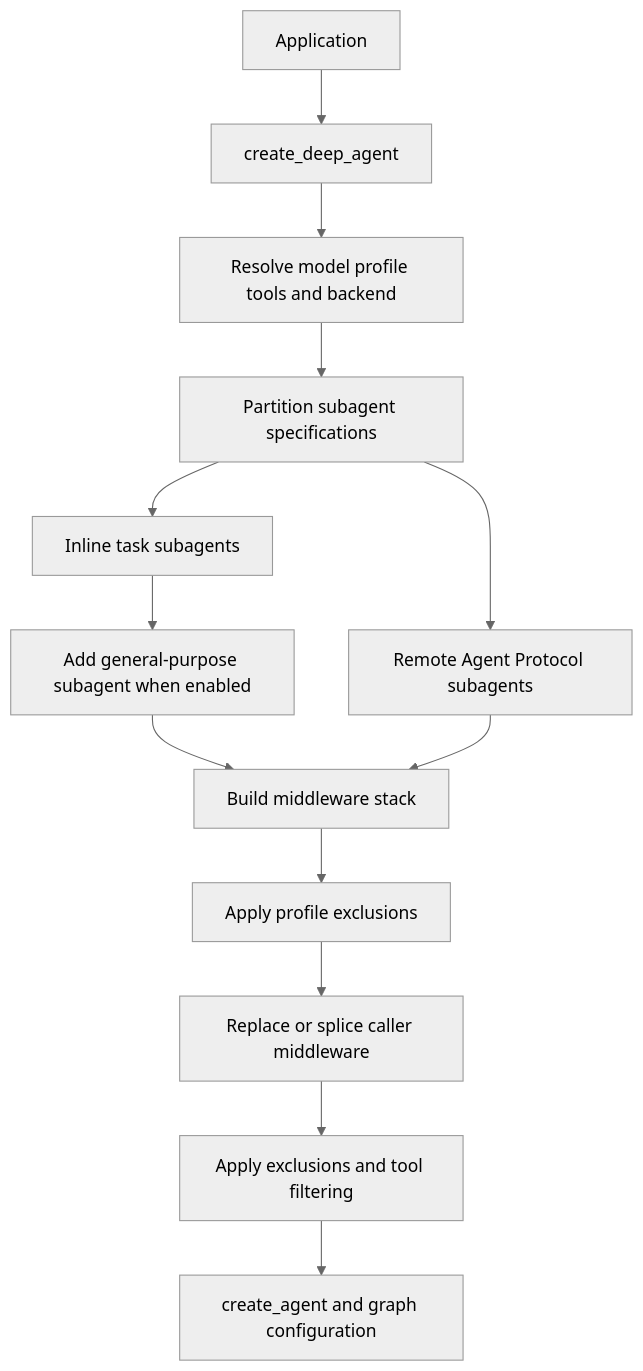
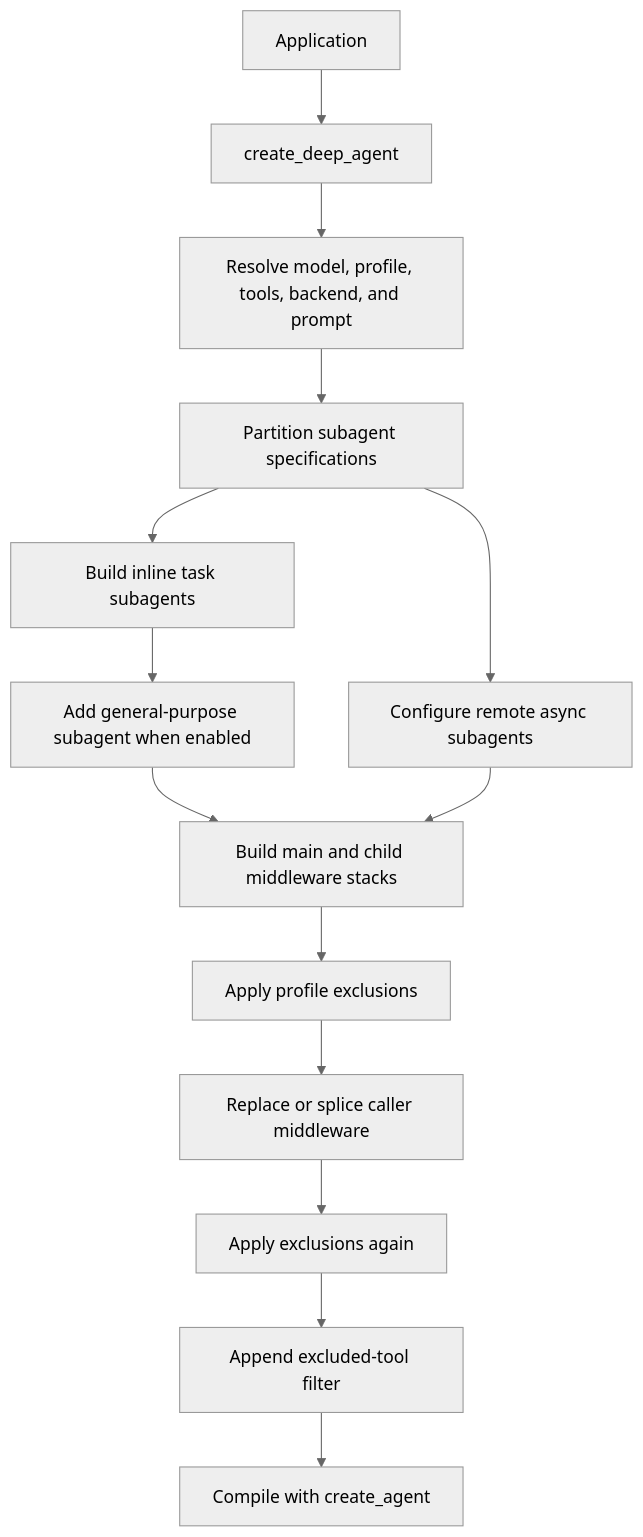
The first of 4 diagrams in openwiki/architecture/sdk-construction-execution.md (langchain-ai/deepagents), drawn with Mermaid (neutral theme) before and after one commit. The commit also changed other lines of this file and 53 other files, not shown here.

````diff
--- a/openwiki/architecture/sdk-construction-execution.md
+++ b/openwiki/architecture/sdk-construction-execution.md
@@ -51,15 +51,16 @@
 ```mermaid
 flowchart TD
     App["Application"] --> Build["create_deep_agent"]
-    Build --> Resolve["Resolve model profile tools and backend"]
+    Build --> Resolve["Resolve model, profile, tools, backend, and prompt"]
     Resolve --> Partition["Partition subagent specifications"]
-    Partition --> Inline["Inline task subagents"]
-    Partition --> Remote["Remote Agent Protocol subagents"]
-    Inline --> General["Add general-purpose subagent when enabled"]
-    General --> Stack["Build middleware stack"]
+    Partition --> Inline["Build inline task subagents"]
+    Partition --> Remote["Configure remote async subagents"]
+    Inline --> Default["Add general-purpose subagent when enabled"]
+    Default --> Stack["Build main and child middleware stacks"]
     Remote --> Stack
-    Stack --> FilterOne["Apply profile exclusions"]
-    FilterOne --> Custom["Replace or splice caller middleware"]
-    Custom --> FilterTwo["Apply exclusions and tool filtering"]
-    FilterTwo --> Compile["create_agent and graph configuration"]
+    Stack --> FirstFilter["Apply profile exclusions"]
+    FirstFilter --> Custom["Replace or splice caller middleware"]
+    Custom --> SecondFilter["Apply exclusions again"]
+    SecondFilter --> Tools["Append excluded-tool filter"]
+    Tools --> Compile["Compile with create_agent"]
 ```
````
